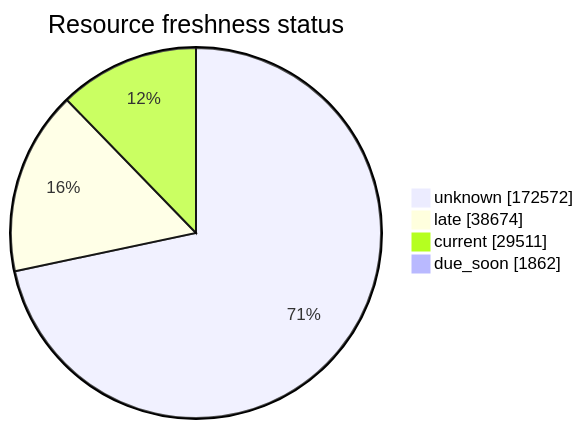
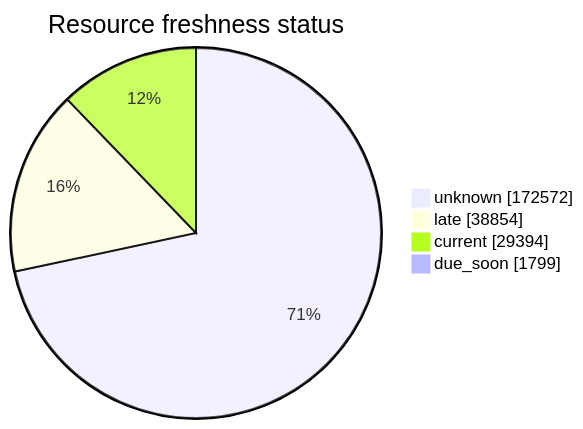
The third of 5 diagrams in FreshCheck/README.md (open-data/analytics-corporate-reporting), drawn with Mermaid before and after one commit. The commit also changed other lines of this file and 3 other files, not shown here.

````diff
--- a/FreshCheck/README.md
+++ b/FreshCheck/README.md
@@ -77,7 +77,7 @@
 ```mermaid
 pie showData title Resource freshness status
     "unknown": 172572
-    "late": 38674
-    "current": 29511
-    "due_soon": 1862
+    "late": 38854
+    "current": 29394
+    "due_soon": 1799
 ```
````
